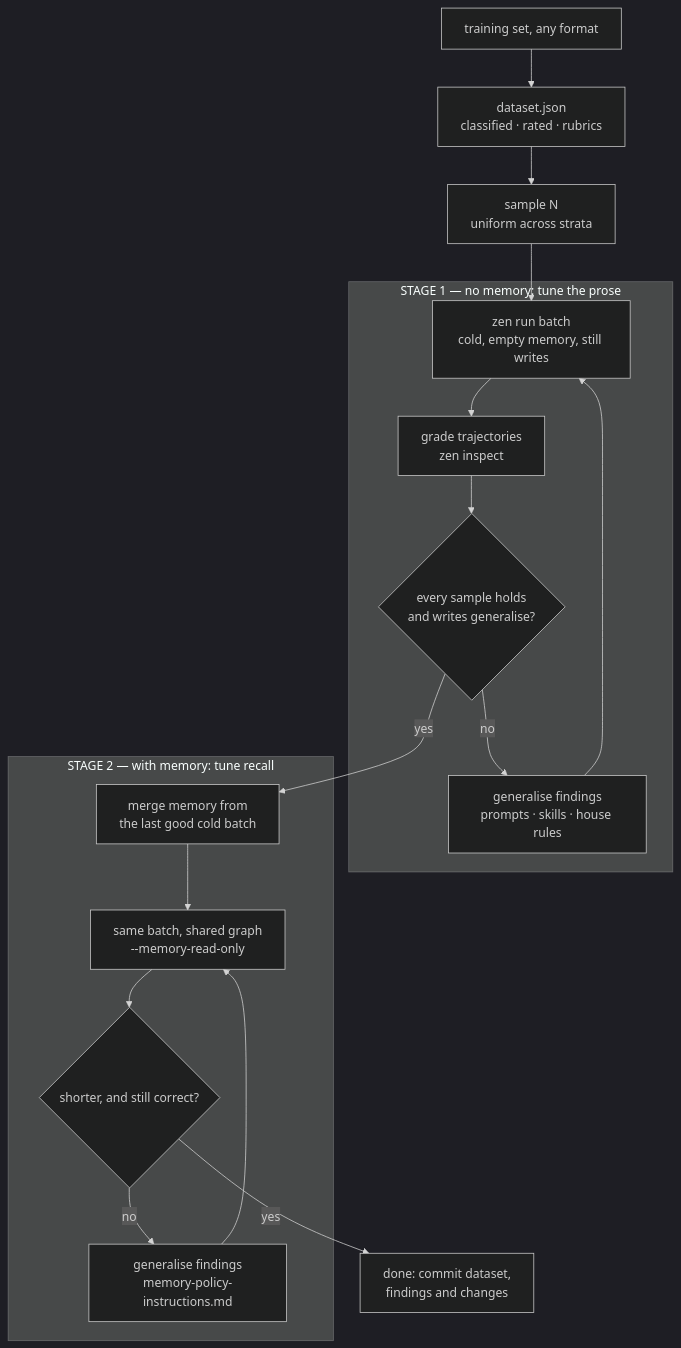
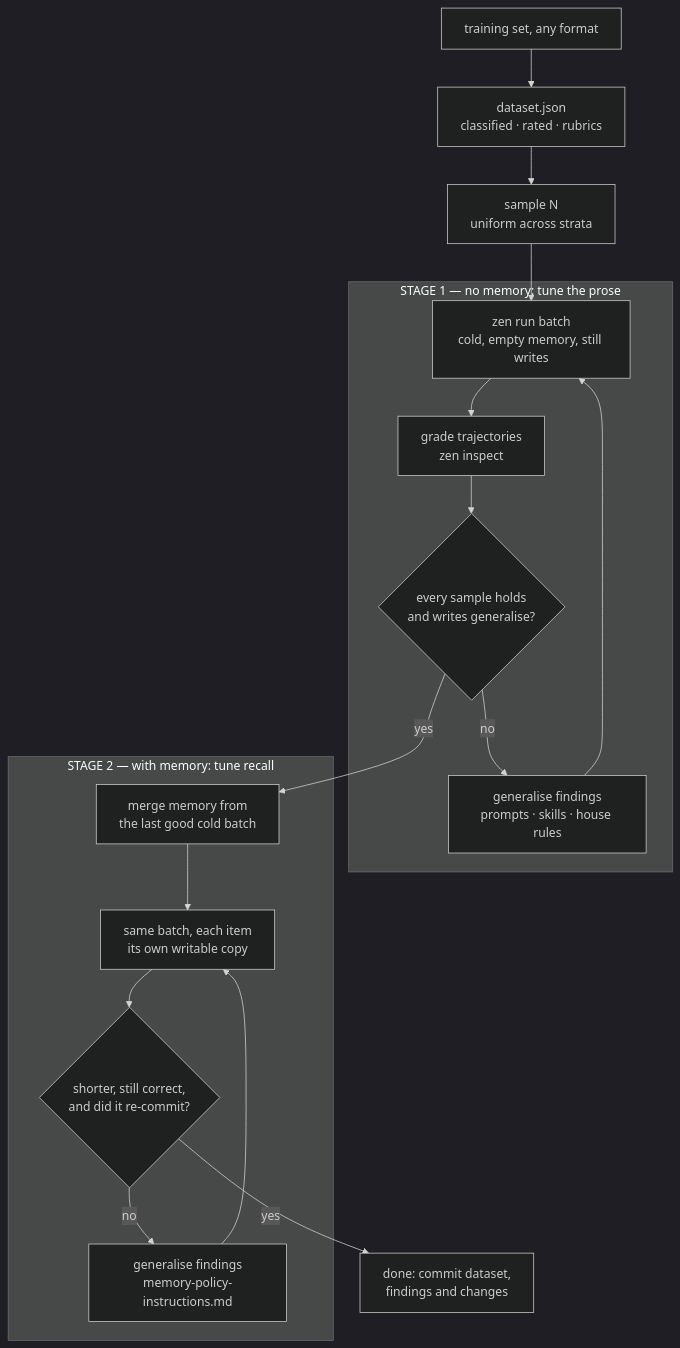
Before and after one commit to andreyryabov/ZeneraNeo: the diagram in packages/cli/templates/editor/.github/skills/zen-finetune/SKILL.md, drawn with Mermaid (dark theme). The commit also changed other lines of this file and 1 other file, not shown here.

Commit message:
feat(finetune): enhance prompt descriptions and clarify memory handling in stages

````diff
--- a/packages/cli/templates/editor/.github/skills/zen-finetune/SKILL.md
+++ b/packages/cli/templates/editor/.github/skills/zen-finetune/SKILL.md
@@ -24,29 +24,29 @@
 ```mermaid
 flowchart TD
     A[training set, any format] --> B[dataset.json<br/>classified · rated · rubrics]
     B --> C[sample N<br/>uniform across strata]
 
     subgraph S1["STAGE 1 — no memory: tune the prose"]
         D[zen run batch<br/>cold, empty memory, still writes]
         E[grade trajectories<br/>zen inspect]
         F{every sample holds<br/>and writes generalise?}
         G[generalise findings<br/>prompts · skills · house rules]
         D --> E --> F
         F -- no --> G
         G --> D
     end
 
     subgraph S2["STAGE 2 — with memory: tune recall"]
         H[merge memory from<br/>the last good cold batch]
-        I[same batch, shared graph<br/>--memory-read-only]
-        J{shorter, and still correct?}
+        I[same batch, each item<br/>its own writable copy]
+        J{shorter, still correct,<br/>and did it re-commit?}
         K[generalise findings<br/>memory-policy-instructions.md]
         H --> I --> J
         J -- no --> K
         K --> I
     end
 
     C --> D
     F -- yes --> H
     J -- yes --> L[done: commit dataset,<br/>findings and changes]
 ```
````
